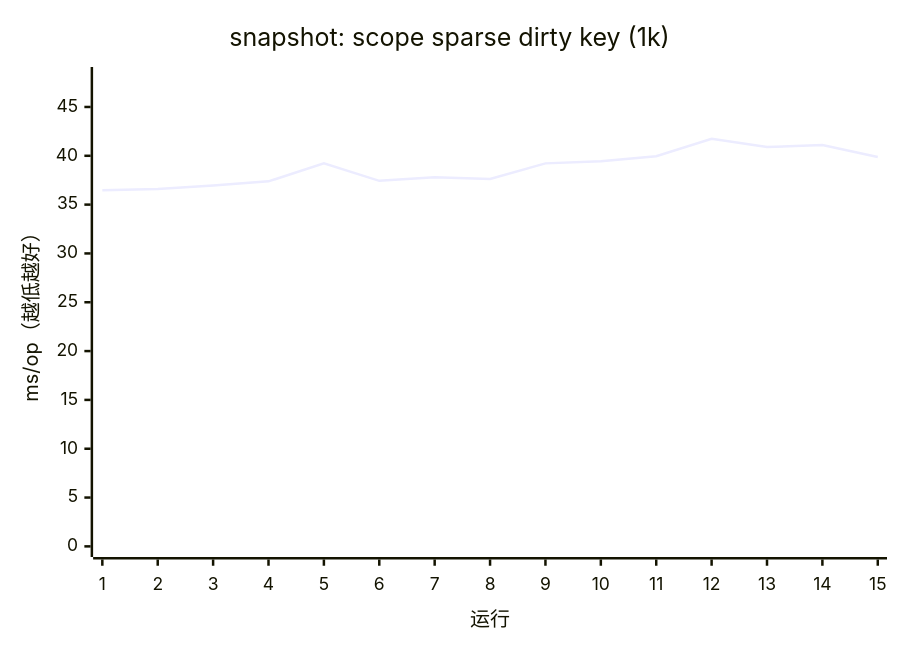
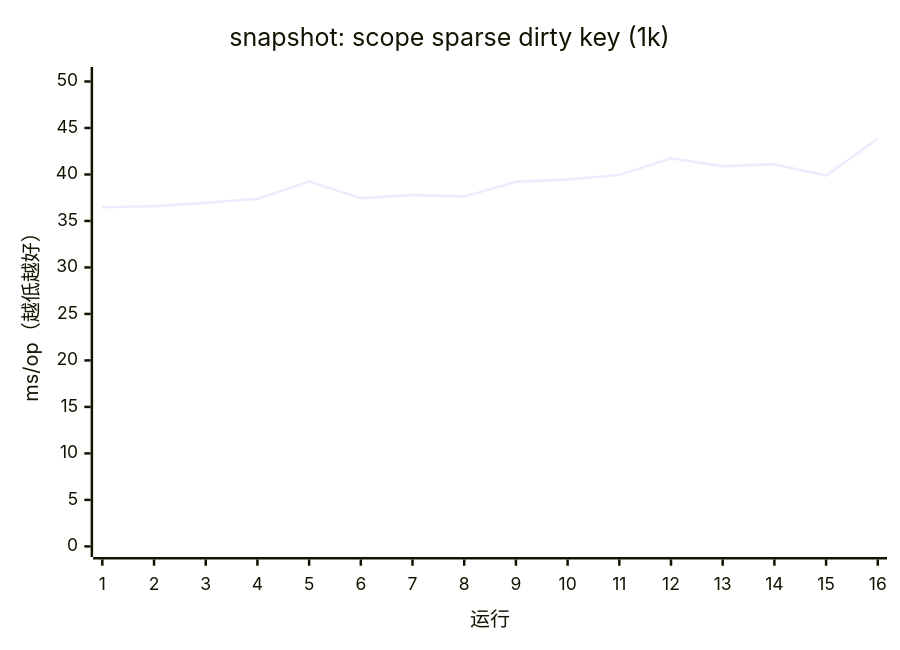
The fourth of 17 diagrams in apps/docs/src/content/docs/guides/benchmark.mdx (AIluffy/io), drawn with Mermaid before and after one commit. The commit also changed other lines of this file and 25 other files, not shown here.

````diff
--- a/apps/docs/src/content/docs/guides/benchmark.mdx
+++ b/apps/docs/src/content/docs/guides/benchmark.mdx
@@ -237,7 +220,7 @@
 ```mermaid
 xychart-beta
   title "snapshot: scope sparse dirty key (1k)"
-  x-axis "运行" [1, 2, 3, 4, 5, 6, 7, 8, 9, 10, 11, 12, 13, 14, 15]
-  y-axis "ms/op（越低越好）" 0 --> 48.0046
-  line [36.472, 36.5878, 36.9486, 37.3812, 39.2313, 37.435, 37.7992, 37.6167, 39.2233, 39.4452, 39.9555, 41.7431, 40.8896, 41.0984, 39.8832]
+  x-axis "运行" [1, 2, 3, 4, 5, 6, 7, 8, 9, 10, 11, 12, 13, 14, 15, 16]
+  y-axis "ms/op（越低越好）" 0 --> 50.4147
+  line [36.472, 36.5878, 36.9486, 37.3812, 39.2313, 37.435, 37.7992, 37.6167, 39.2233, 39.4452, 39.9555, 41.7431, 40.8896, 41.0984, 39.8832, 43.8389]
 ```
````
